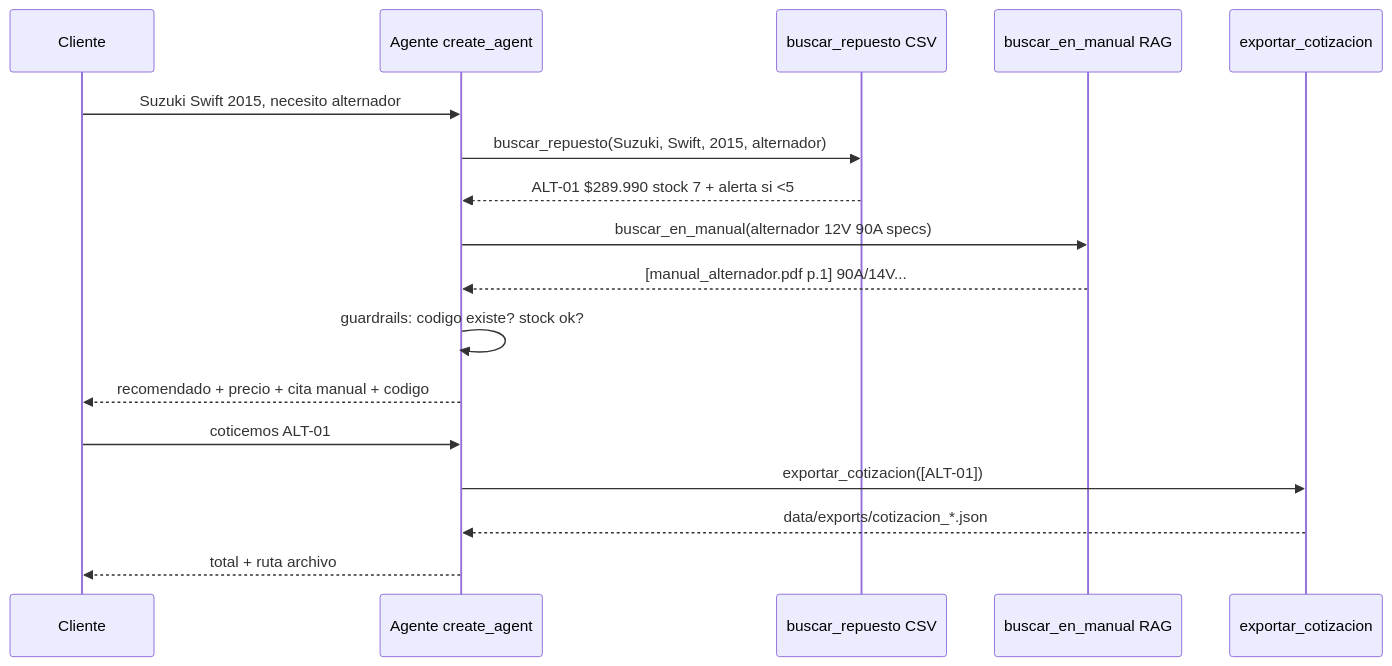
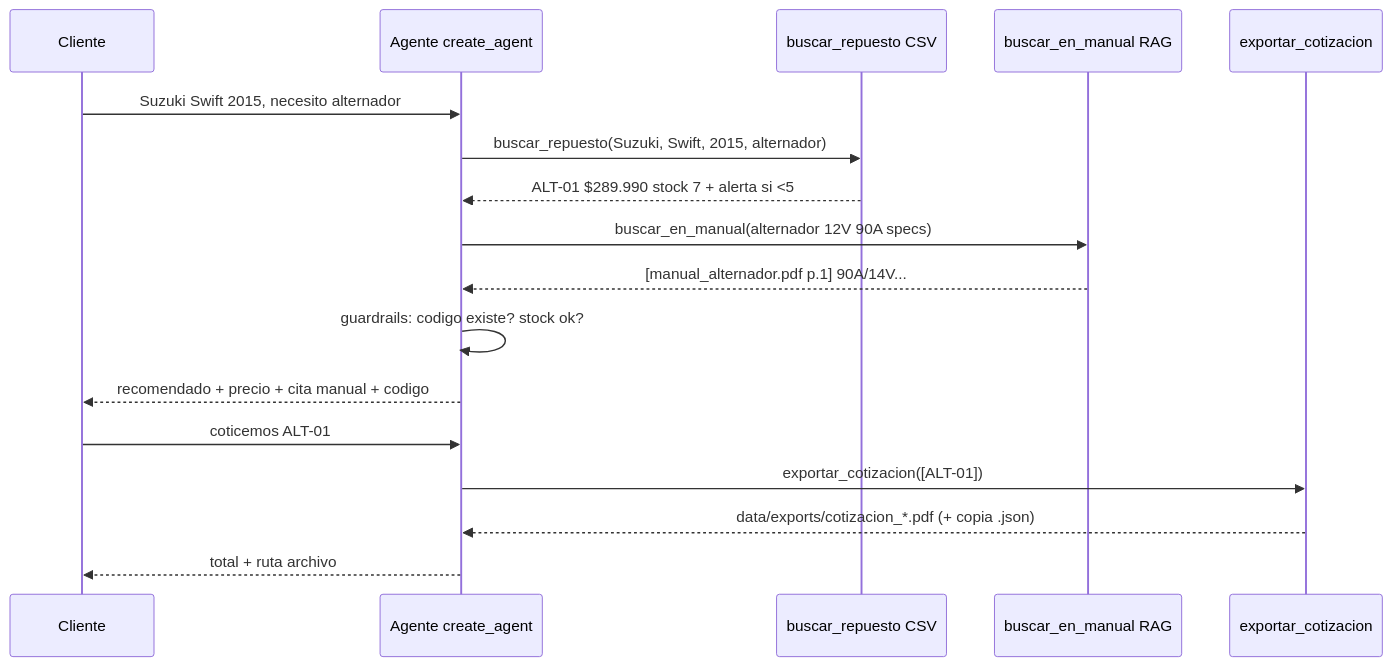
One commit to FabianReyes02/EvaluacionIA1 changed the second of 5 diagrams in docs/diagramas.md. Above: the diagram before and after it, drawn with Mermaid. The commit also changed other lines of this file and 9 other files, not shown here.

Commit message:
cotizacion y comprobante en PDF adjunto al correo

````diff
--- a/docs/diagramas.md
+++ b/docs/diagramas.md
@@ -31,19 +31,19 @@
 ```mermaid
 sequenceDiagram
     participant C as Cliente
     participant A as Agente create_agent
     participant I as buscar_repuesto CSV
     participant M as buscar_en_manual RAG
     participant E as exportar_cotizacion
     C->>A: Suzuki Swift 2015, necesito alternador
     A->>I: buscar_repuesto(Suzuki, Swift, 2015, alternador)
     I-->>A: ALT-01 $289.990 stock 7 + alerta si <5
     A->>M: buscar_en_manual(alternador 12V 90A specs)
     M-->>A: [manual_alternador.pdf p.1] 90A/14V...
     A->>A: guardrails: codigo existe? stock ok?
     A-->>C: recomendado + precio + cita manual + codigo
     C->>A: coticemos ALT-01
     A->>E: exportar_cotizacion([ALT-01])
-    E-->>A: data/exports/cotizacion_*.json
+    E-->>A: data/exports/cotizacion_*.pdf (+ copia .json)
     A-->>C: total + ruta archivo
 ```
````
